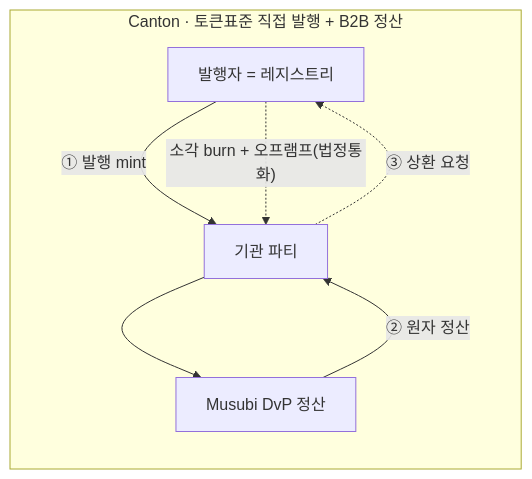
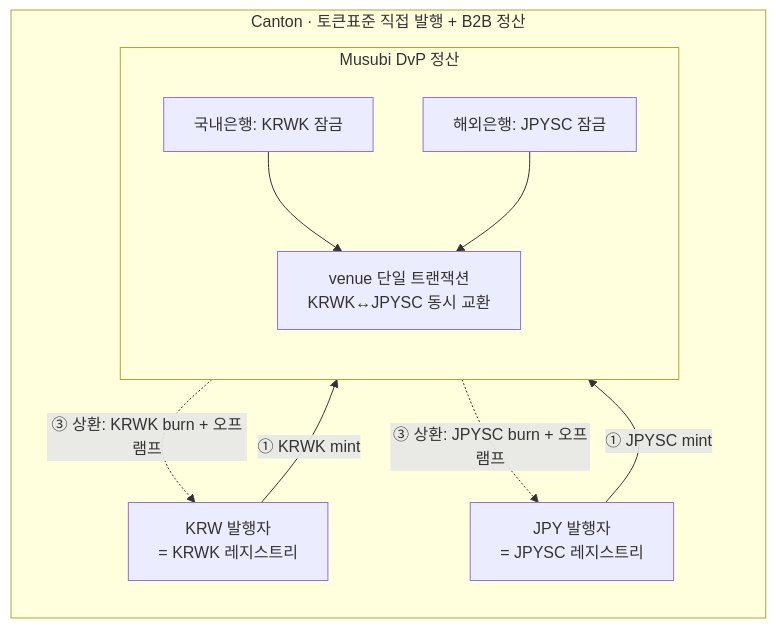
The third of 3 diagrams in dev/docs/architecture-b2b-b2c-multichain.md (eunsujeo/canton-docs), drawn with Mermaid before and after one commit. The commit also changed other lines of this file and 1 other file, not shown here.

Commit message:
docs: 패턴 2 다이어그램 — 통화별 발행자 분리(단일 발행자 오해 수정)
FX DvP는 통화A/통화B가 서로 다른 발행자/레지스트리. 단일 ISS2가 두 통화를 다
찍는 것처럼 보이던 다이어그램을 발행자 2개(KRWK 발행자/JPYSC 발행자, 일반판은
통화A/B 발행자)로 수정. 각 통화는 그 발행자에게 mint/burn. dev·wiki 양쪽.

````diff
--- a/dev/docs/architecture-b2b-b2c-multichain.md
+++ b/dev/docs/architecture-b2b-b2c-multichain.md
@@ -139,13 +139,19 @@
 ```mermaid
 flowchart LR
   subgraph CAN2["Canton · 토큰표준 직접 발행 + B2B 정산"]
-    ISS2["발행자 = 레지스트리"]
-    BANK["기관 파티"]
-    DVP2["Musubi DvP 정산"]
+    KISS["KRW 발행자<br/>= KRWK 레지스트리"]
+    JISS["JPY 발행자<br/>= JPYSC 레지스트리"]
+    subgraph DVP2["Musubi DvP 정산"]
+      direction TB
+      ALK["국내은행: KRWK 잠금"]
+      BLJ["해외은행: JPYSC 잠금"]
+      EX2["venue 단일 트랜잭션<br/>KRWK↔JPYSC 동시 교환"]
+      ALK --> EX2
+      BLJ --> EX2
+    end
   end
-  ISS2 -->|"① 발행 mint"| BANK
-  BANK --> DVP2
-  DVP2 -->|"② 원자 정산"| BANK
-  BANK -.->|"③ 상환 요청"| ISS2
-  ISS2 -.->|"소각 burn + 오프램프(법정통화)"| BANK
+  KISS -->|"① KRWK mint"| ALK
+  JISS -->|"① JPYSC mint"| BLJ
+  EX2 -.->|"③ 상환: KRWK burn + 오프램프"| KISS
+  EX2 -.->|"③ 상환: JPYSC burn + 오프램프"| JISS
 ```
````
